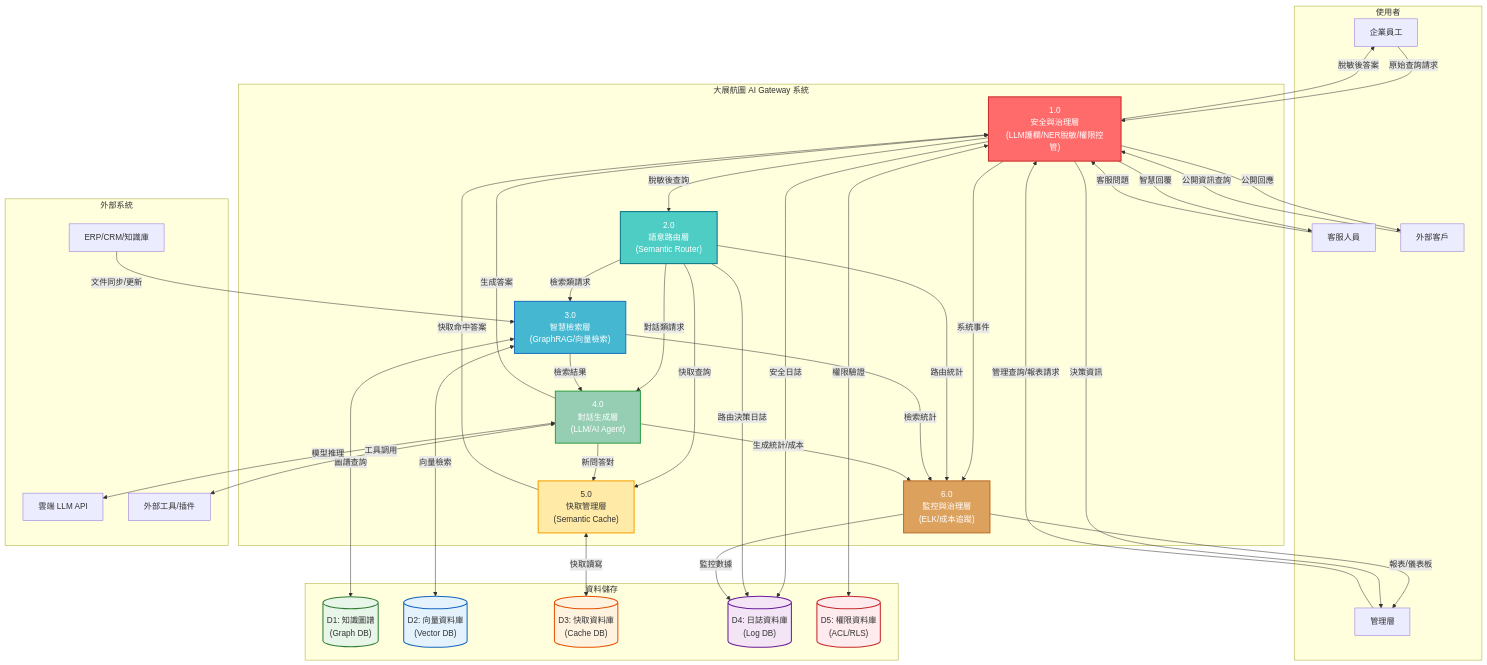
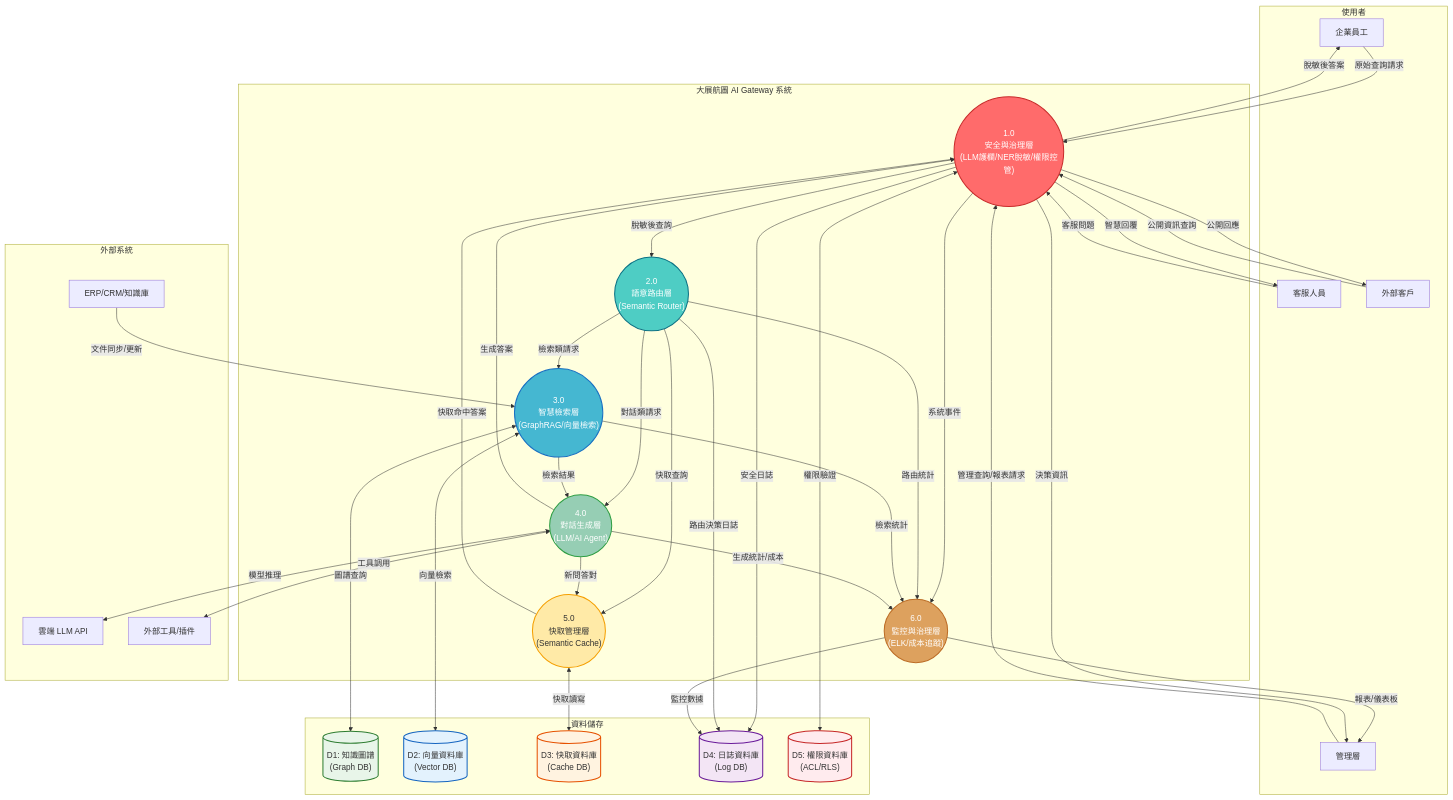
One commit to akisfall/114-1a-system-design changed the second of 2 diagrams in test.md. Above: the diagram before and after it, drawn with Mermaid. The commit also changed other lines of this file, not shown here.

```diff
--- a/test.md
+++ b/test.md
@@ -56,12 +56,12 @@
     end
     
     subgraph AIGateway["大展航圖 AI Gateway 系統"]
-        P1["1.0<br/>安全與治理層<br/>(LLM護欄/NER脫敏/權限控管)"]
-        P2["2.0<br/>語意路由層<br/>(Semantic Router)"]
-        P3["3.0<br/>智慧檢索層<br/>(GraphRAG/向量檢索)"]
-        P4["4.0<br/>對話生成層<br/>(LLM/AI Agent)"]
-        P5["5.0<br/>快取管理層<br/>(Semantic Cache)"]
-        P6["6.0<br/>監控與治理層<br/>(ELK/成本追蹤)"]
+        P1(("1.0<br/>安全與治理層<br/>(LLM護欄/NER脫敏/權限控管)"))
+        P2(("2.0<br/>語意路由層<br/>(Semantic Router)"))
+        P3(("3.0<br/>智慧檢索層<br/>(GraphRAG/向量檢索)"))
+        P4(("4.0<br/>對話生成層<br/>(LLM/AI Agent)"))
+        P5(("5.0<br/>快取管理層<br/>(Semantic Cache)"))
+        P6(("6.0<br/>監控與治理層<br/>(ELK/成本追蹤)"))
     end
     
     subgraph DataStores["資料儲存"]
```
